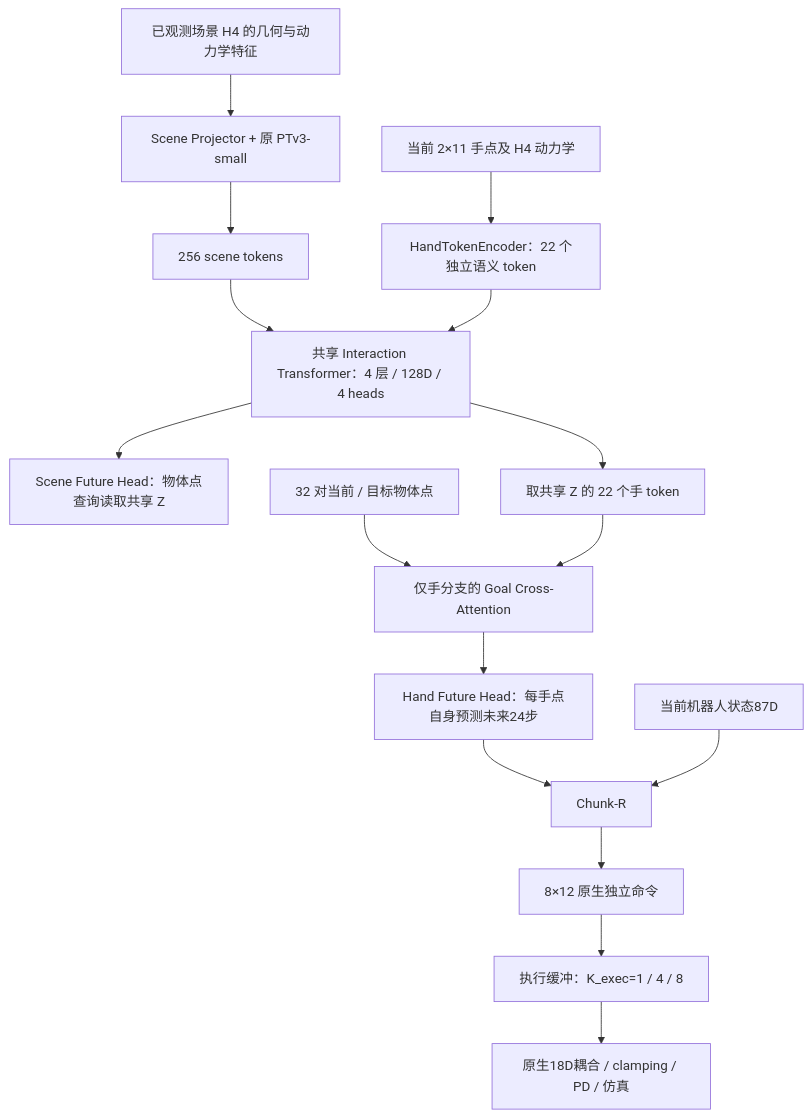
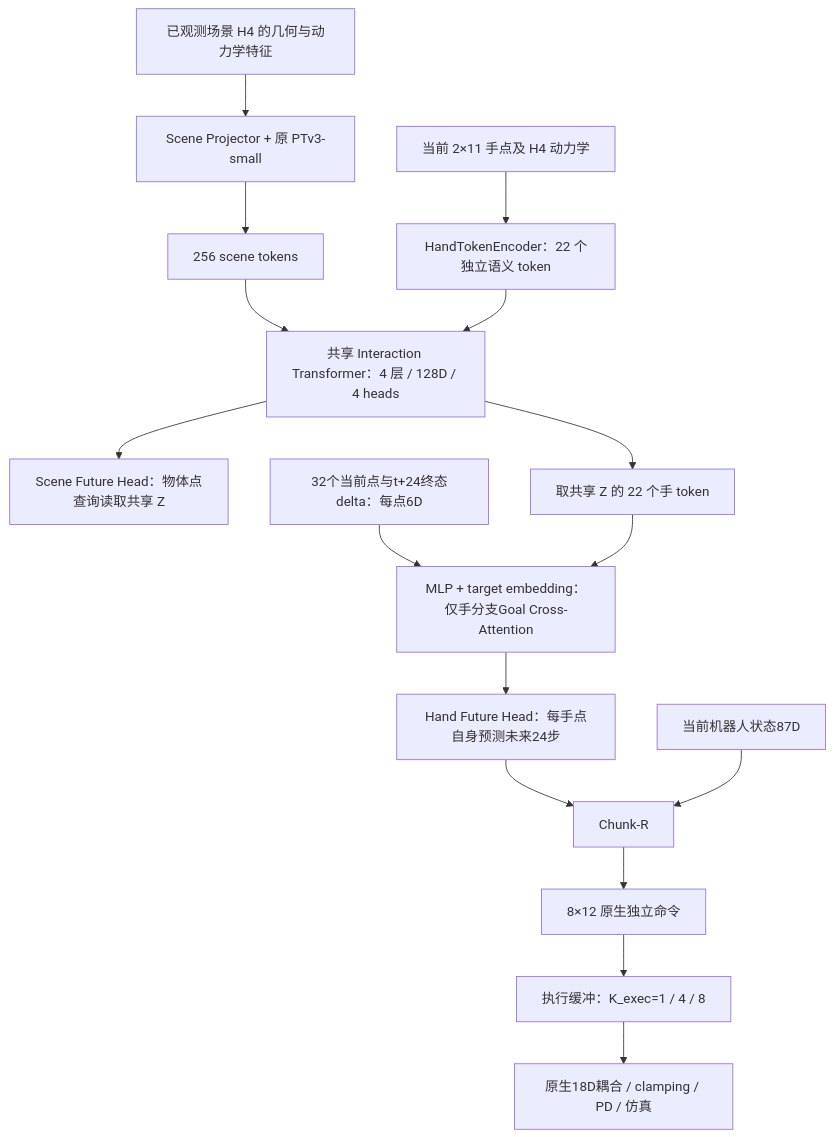
One commit to hitsz-oyx/Ref2Dex-agent changed the diagram in src/task/ptv3-shared-wam/docs/user/架构.md. Above: the diagram before and after it, drawn with Mermaid. The commit also changed other lines of this file and 12 other files, not shown here.

````diff
--- a/src/task/ptv3-shared-wam/docs/user/架构.md
+++ b/src/task/ptv3-shared-wam/docs/user/架构.md
@@ -10,18 +10,18 @@
 ```mermaid
 flowchart TD
     S[已观测场景 H4 的几何与动力学特征] --> P[Scene Projector + 原 PTv3-small]
     P --> ST[256 scene tokens]
     H[当前 2×11 手点及 H4 动力学] --> HT[HandTokenEncoder：22 个独立语义 token]
     ST --> Z[共享 Interaction Transformer：4 层 / 128D / 4 heads]
     HT --> Z
     Z --> U[Scene Future Head：物体点查询读取共享 Z]
     Z --> HG[取共享 Z 的 22 个手 token]
-    G[32 对当前 / 目标物体点] --> GC[仅手分支的 Goal Cross-Attention]
+    G[32个当前点与t+24终态delta：每点6D] --> GC[MLP + target embedding：仅手分支Goal Cross-Attention]
     HG --> GC
     GC --> V[Hand Future Head：每手点自身预测未来24步]
     V --> R[Chunk-R]
     RS[当前机器人状态87D] --> R
     R --> A[8×12 原生独立命令]
     A --> Q[执行缓冲：K_exec=1 / 4 / 8]
     Q --> PD[原生18D耦合 / clamping / PD / 仿真]
 ```
````
